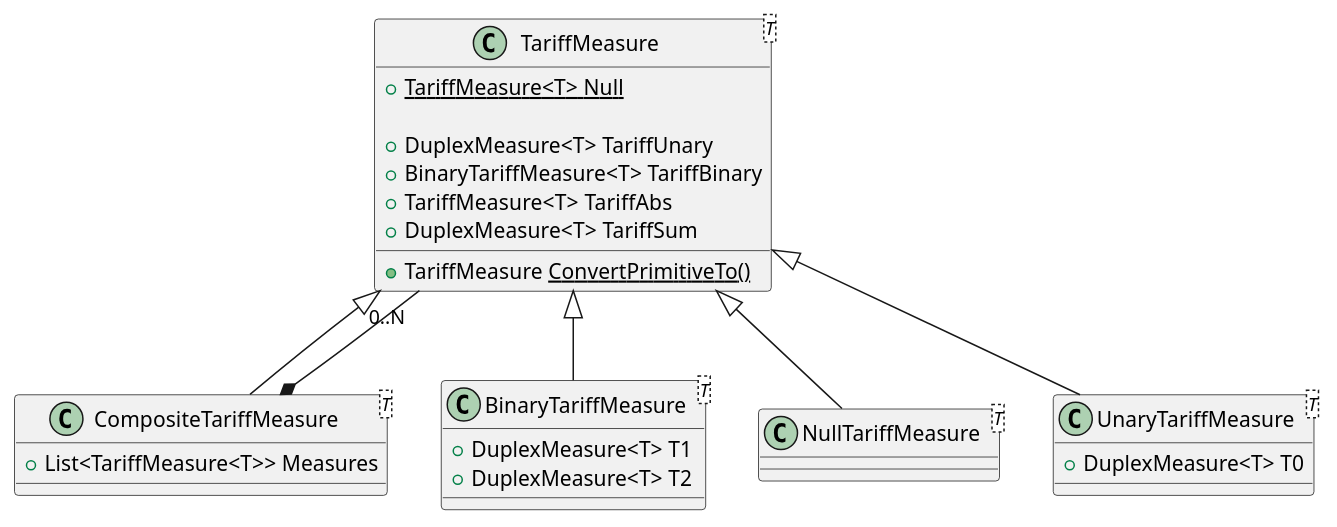
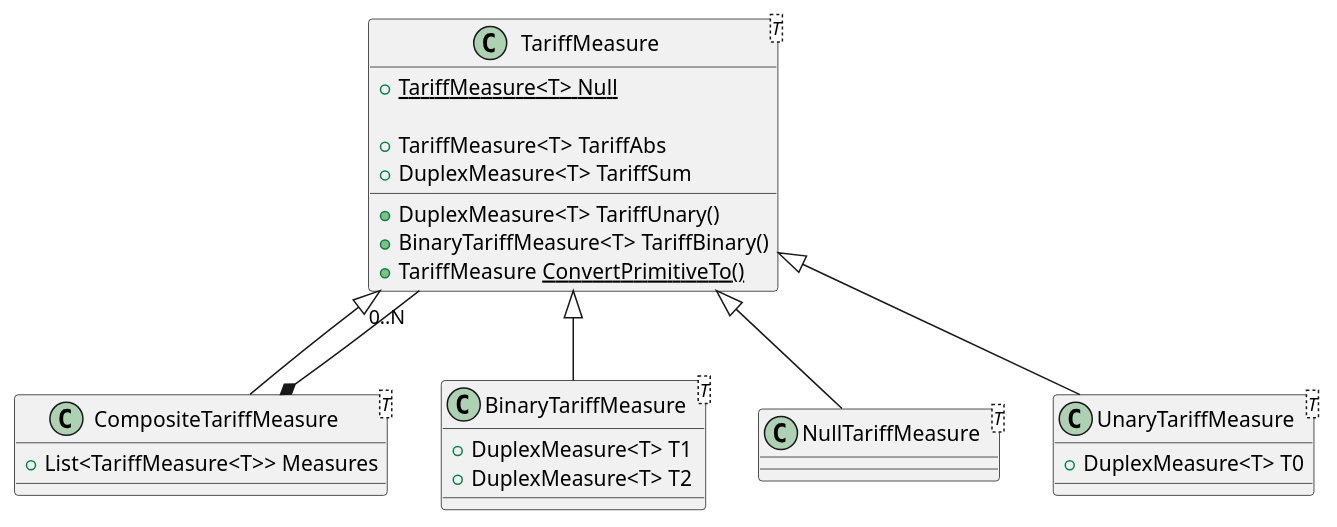
One commit to altibiz/ozds changed diagram 13 of 36 in docs/wiki/en/structure/business.md. Above: the diagram before and after it, drawn with PlantUML. The commit also changed other lines of this file and 53 other files, not shown here.

````diff
--- a/docs/wiki/en/structure/business.md
+++ b/docs/wiki/en/structure/business.md
@@ -456,42 +456,42 @@
 ```plantuml
 @startuml
 
 class TariffMeasure<T>
 {
   + {static} TariffMeasure<T> Null
 
-  + DuplexMeasure<T> TariffUnary
-  + BinaryTariffMeasure<T> TariffBinary
+  + DuplexMeasure<T> TariffUnary()
+  + BinaryTariffMeasure<T> TariffBinary()
   + TariffMeasure<T> TariffAbs
   + DuplexMeasure<T> TariffSum
 
   + TariffMeasure<U> ConvertPrimitiveTo<U>()
 }
 
 class CompositeTariffMeasure<T>
 {
   + List<TariffMeasure<T>> Measures
 }
 
 class BinaryTariffMeasure<T>
 {
   + DuplexMeasure<T> T1
   + DuplexMeasure<T> T2
 }
 
 class NullTariffMeasure<T>
 
 class UnaryTariffMeasure<T>
 {
   + DuplexMeasure<T> T0
 }
 
 CompositeTariffMeasure *-- "0..N" TariffMeasure
 
 TariffMeasure <|-- UnaryTariffMeasure
 TariffMeasure <|-- BinaryTariffMeasure
 TariffMeasure <|-- NullTariffMeasure
 TariffMeasure <|-- CompositeTariffMeasure
 
 @enduml
 ```
````
